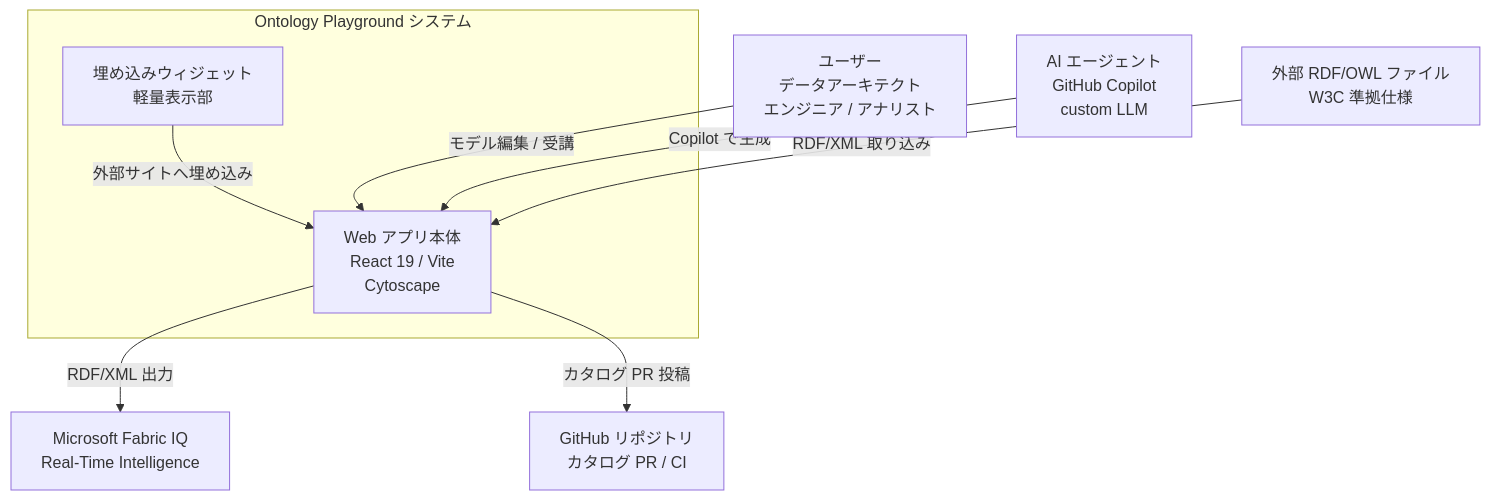
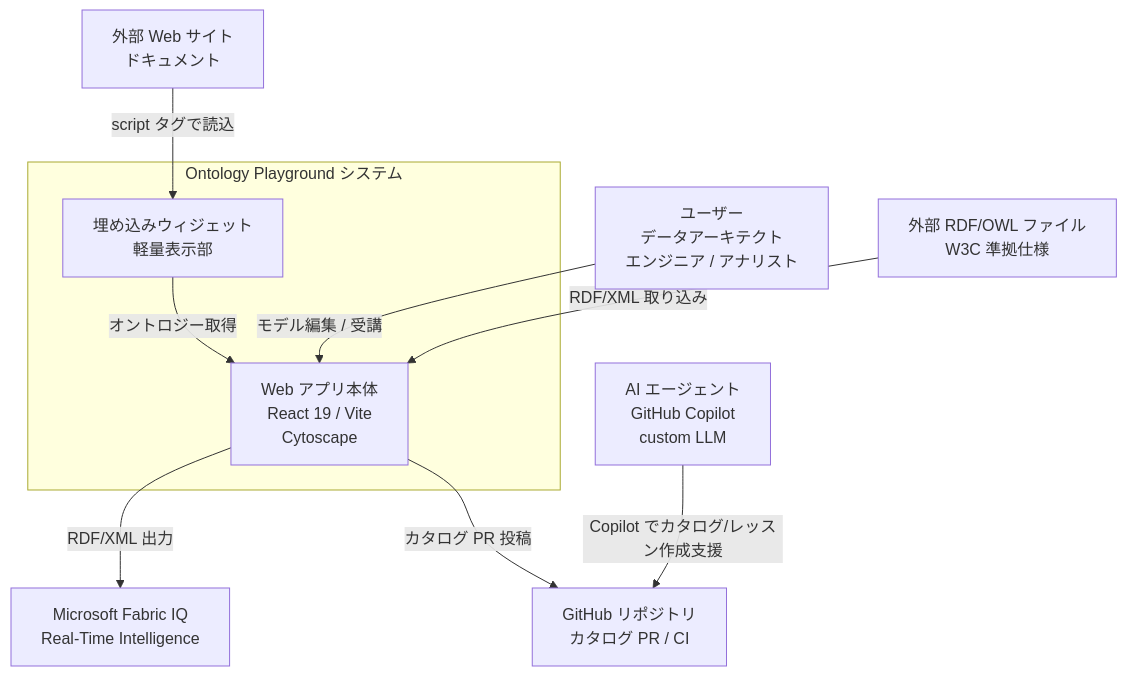
Before and after one commit to suwa-sh/zenn-contents: the first of 5 diagrams in articles/ontology-playground_20260719.md, drawn with Mermaid. The commit also changed other lines of this file, not shown here.

````diff
--- a/articles/ontology-playground_20260719.md
+++ b/articles/ontology-playground_20260719.md
@@ -43,21 +43,23 @@
 ```mermaid
 graph TD
     user["ユーザー<br/>データアーキテクト<br/>エンジニア / アナリスト"]
     ai_agent["AI エージェント<br/>GitHub Copilot<br/>custom LLM"]
 
     subgraph OntologyPlaygroundSystem ["Ontology Playground システム"]
         app["Web アプリ本体<br/>React 19 / Vite<br/>Cytoscape"]
         embed["埋め込みウィジェット<br/>軽量表示部"]
     end
 
     fabric_iq["Microsoft Fabric IQ<br/>Real-Time Intelligence"]
     github_repo["GitHub リポジトリ<br/>カタログ PR / CI"]
     external_rdf["外部 RDF/OWL ファイル<br/>W3C 準拠仕様"]
+    external_site["外部 Web サイト<br/>ドキュメント"]
 
     user -->|"モデル編集 / 受講"| app
-    ai_agent -->|"Copilot で生成"| app
+    ai_agent -->|"Copilot でカタログ/レッスン作成支援"| github_repo
     app -->|"RDF/XML 出力"| fabric_iq
     app -->|"カタログ PR 投稿"| github_repo
     external_rdf -->|"RDF/XML 取り込み"| app
-    embed -->|"外部サイトへ埋め込み"| app
+    external_site -->|"script タグで読込"| embed
+    embed -->|"オントロジー取得"| app
 ```
````
